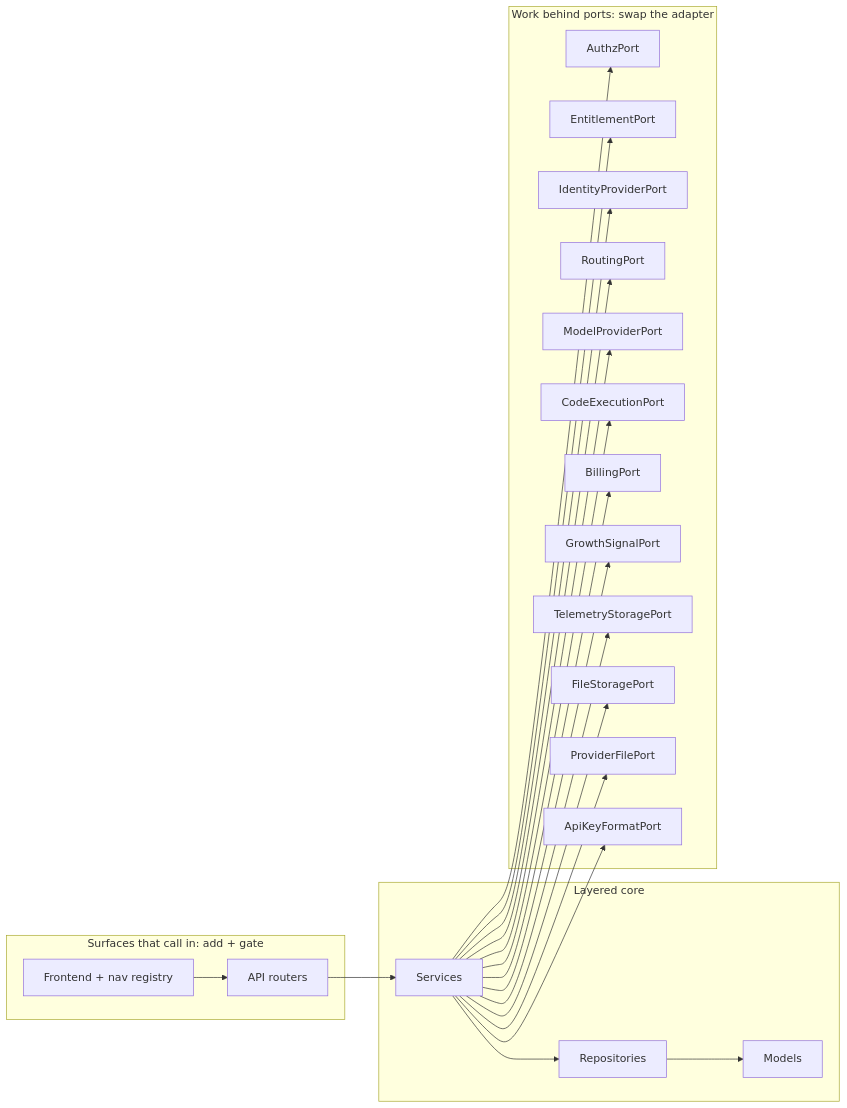
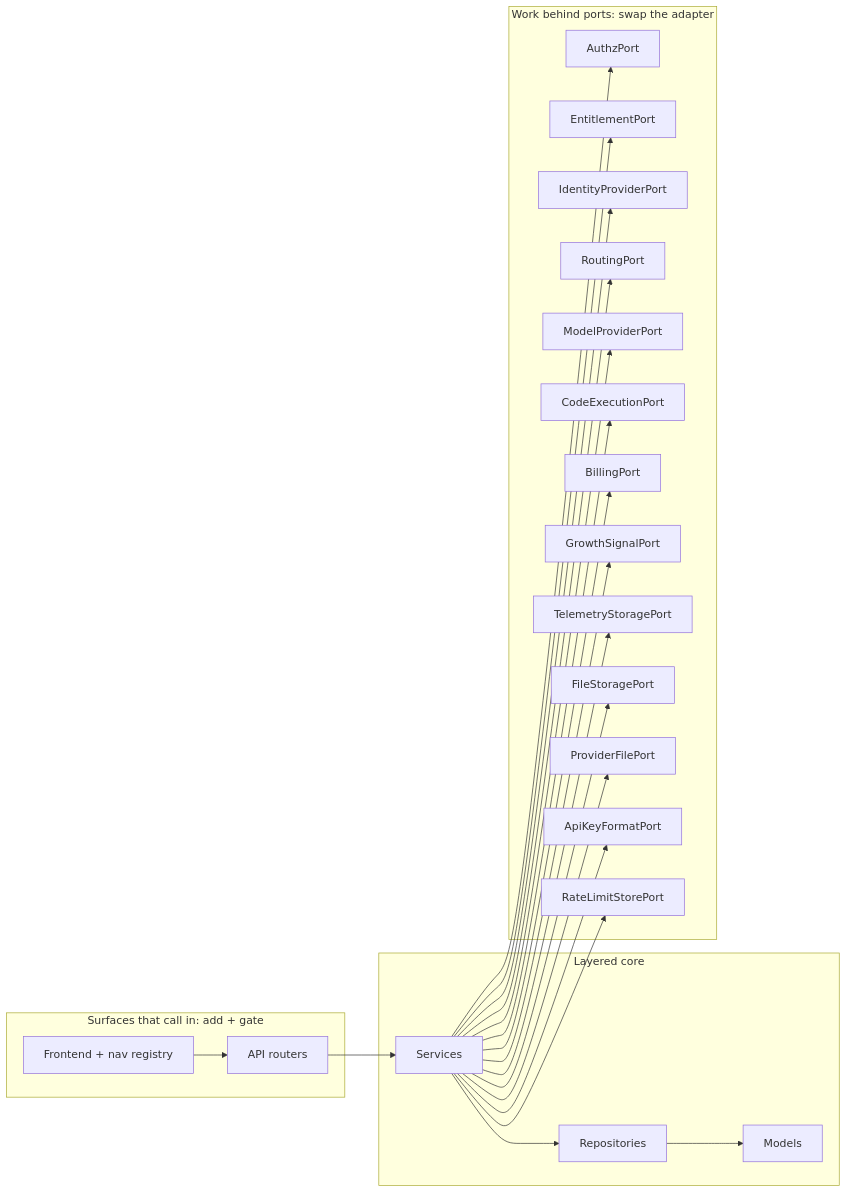
Before and after one commit to AloysJehwin/otari: the second of 2 diagrams in ARCHITECTURE.md, drawn with Mermaid. The commit also changed other lines of this file and 22 other files, not shown here.

First line of the commit message:
feat(rate-limit): count rate_limit_rpm in a store every replica can share

````diff
--- a/ARCHITECTURE.md
+++ b/ARCHITECTURE.md
@@ -93,39 +94,41 @@
 ```mermaid
 flowchart LR
     subgraph driving["Surfaces that call in: add + gate"]
         UI["Frontend + nav registry"]
         API["API routers"]
     end
     subgraph core["Layered core"]
         SVC[Services]
         REPO[Repositories]
         MOD[Models]
     end
     subgraph driven["Work behind ports: swap the adapter"]
         AP[AuthzPort]
         EP[EntitlementPort]
         IP[IdentityProviderPort]
         RP[RoutingPort]
         MP[ModelProviderPort]
         CP[CodeExecutionPort]
         BP[BillingPort]
         GP[GrowthSignalPort]
         TP[TelemetryStoragePort]
         FP[FileStoragePort]
         PF[ProviderFilePort]
         KP[ApiKeyFormatPort]
+        RL[RateLimitStorePort]
     end
     UI --> API --> SVC --> REPO --> MOD
     SVC --> AP
     SVC --> EP
     SVC --> IP
     SVC --> RP
     SVC --> MP
     SVC --> CP
     SVC --> BP
     SVC --> GP
     SVC --> TP
     SVC --> FP
     SVC --> PF
     SVC --> KP
+    SVC --> RL
 ```
````
